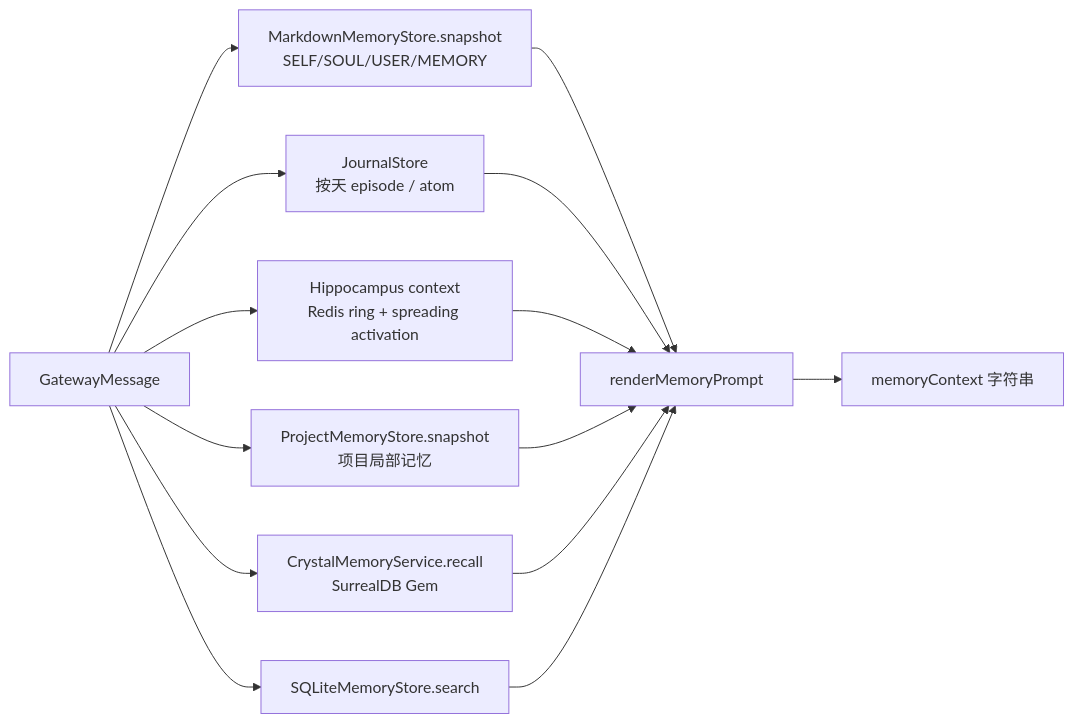
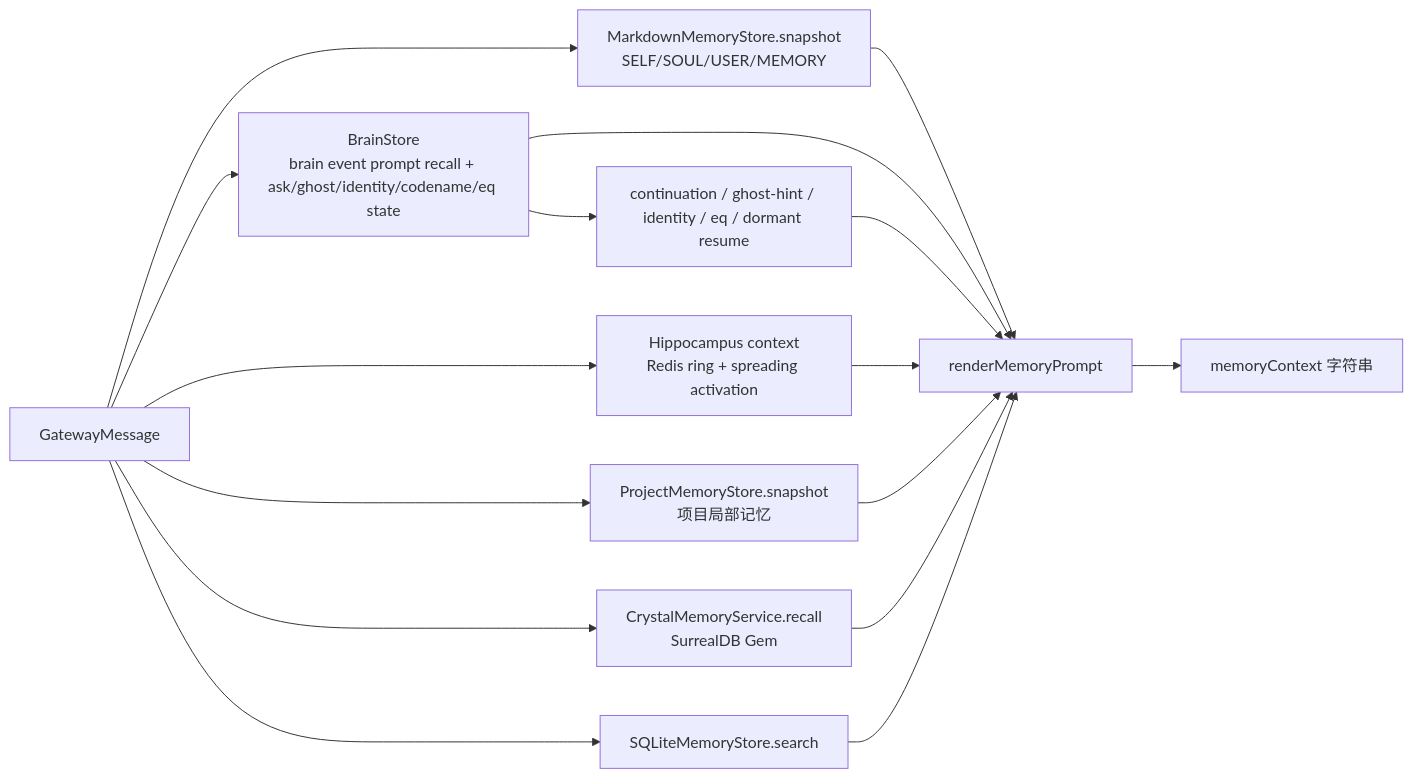
One commit to flyflor/flyflor changed the third of 5 diagrams in docs/runtime.turn.md. Above: the diagram before and after it, drawn with Mermaid. The commit also changed other lines of this file and 68 other files, not shown here.

````diff
--- a/docs/runtime.turn.md
+++ b/docs/runtime.turn.md
@@ -112,16 +117,18 @@
 ```mermaid
 flowchart LR
     Q[GatewayMessage] --> Markdown[MarkdownMemoryStore.snapshot<br/>SELF/SOUL/USER/MEMORY]
-    Q --> Journal[JournalStore<br/>按天 episode / atom]
+    Q --> Brain[BrainStore<br/>brain event prompt recall + ask/ghost/identity/codename/eq state]
     Q --> Hippo[Hippocampus context<br/>Redis ring + spreading activation]
     Q --> Project[ProjectMemoryStore.snapshot<br/>项目局部记忆]
     Q --> Crystal[CrystalMemoryService.recall<br/>SurrealDB Gem]
     Q --> SqliteSearch[SQLiteMemoryStore.search]
     Markdown --> Render[renderMemoryPrompt]
-    Journal --> Render
+    Brain --> Render
+    Brain --> Nudge[continuation / ghost-hint / identity / eq / dormant resume]
+    Nudge --> Render
     Hippo --> Render
     Project --> Render
     Crystal --> Render
     SqliteSearch --> Render
     Render --> Prompt[memoryContext 字符串]
 ```
````
